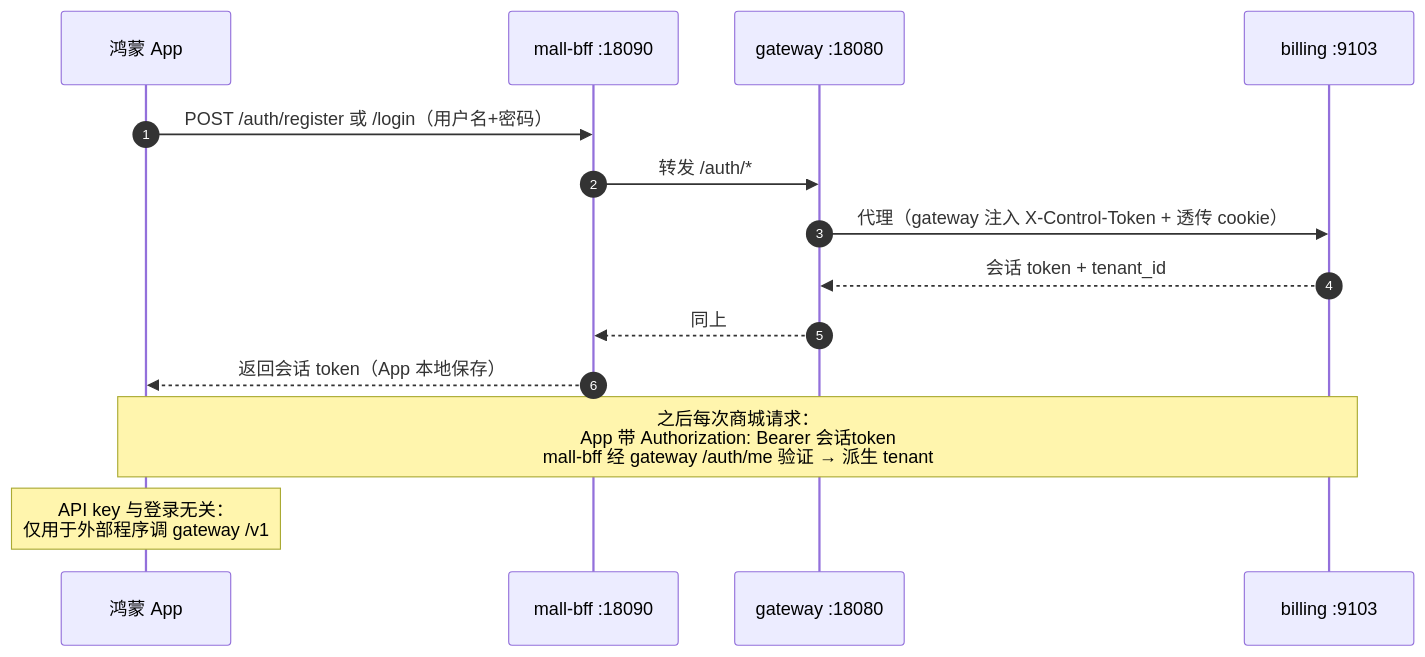
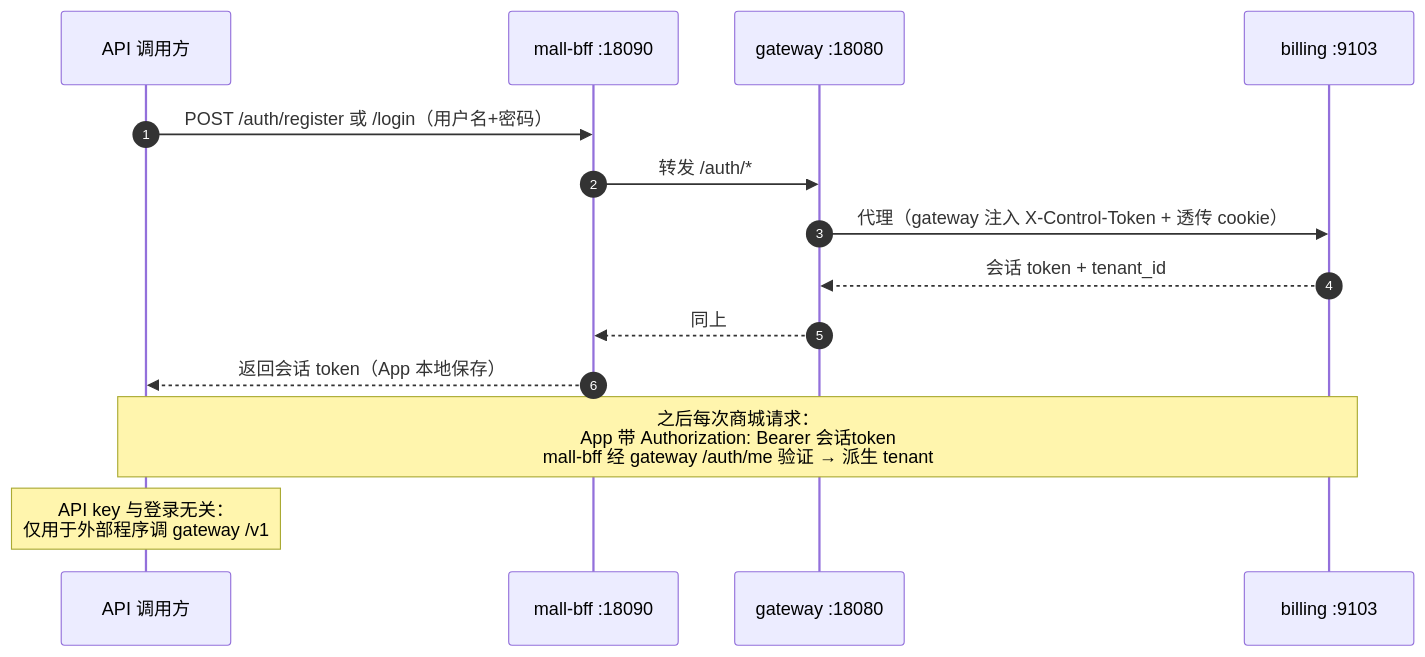
The seventh of 8 diagrams in docs/architecture.md (frostloom/my-market), drawn with Mermaid before and after one commit. The commit also changed other lines of this file and 4 other files, not shown here.

````diff
--- a/docs/architecture.md
+++ b/docs/architecture.md
@@ -256,17 +257,17 @@
 ```mermaid
 sequenceDiagram
     autonumber
-    participant A as 鸿蒙 App
+    participant A as API 调用方
     participant B as mall-bff :18090
     participant G as gateway :18080
     participant L as billing :9103
 
     A->>B: POST /auth/register 或 /login（用户名+密码）
     B->>G: 转发 /auth/*
     G->>L: 代理（gateway 注入 X-Control-Token + 透传 cookie）
     L-->>G: 会话 token + tenant_id
     G-->>B: 同上
     B-->>A: 返回会话 token（App 本地保存）
     note over A,L: 之后每次商城请求：<br/>App 带 Authorization: Bearer 会话token<br/>mall-bff 经 gateway /auth/me 验证 → 派生 tenant
     note over A: API key 与登录无关：<br/>仅用于外部程序调 gateway /v1
 ```
````
